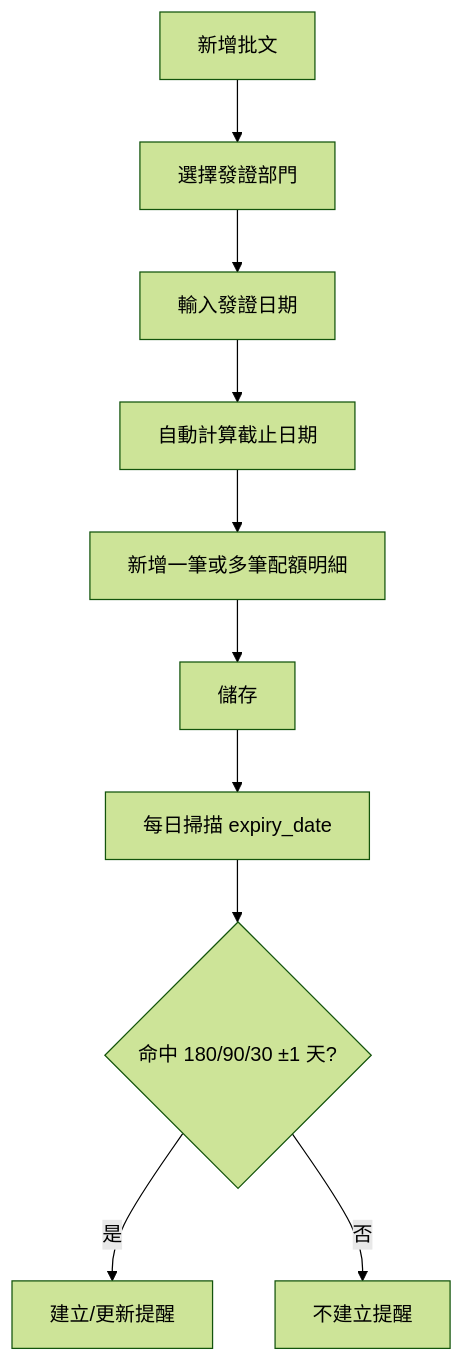
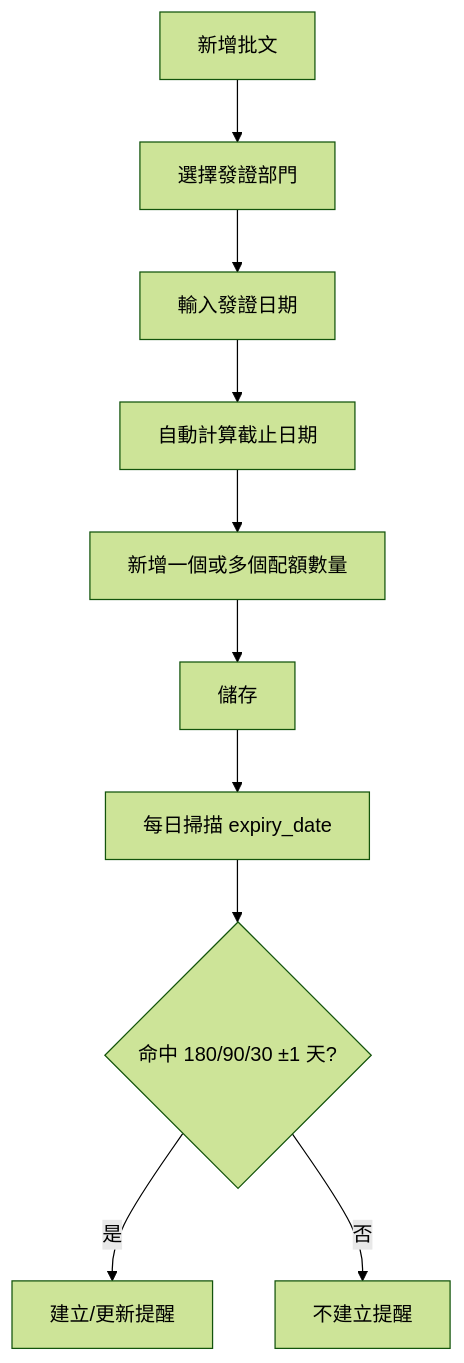
Before and after one commit to jasonlam1987/work4hk: the diagram in docs/approvals-operations-manual.md, drawn with Mermaid (forest theme). The commit also changed other lines of this file and 48 other files, not shown here.

Commit message:
feat: secure deletion flow and migrate storage root to iCloudDrive

````diff
--- a/docs/approvals-operations-manual.md
+++ b/docs/approvals-operations-manual.md
@@ -23,12 +23,12 @@
 ```mermaid
 flowchart TD
   A[新增批文] --> B[選擇發證部門]
   B --> C[輸入發證日期]
   C --> D[自動計算截止日期]
-  D --> E[新增一筆或多筆配額明細]
+  D --> E[新增一個或多個配額數量]
   E --> F[儲存]
   F --> G[每日掃描 expiry_date]
   G --> H{命中 180/90/30 ±1 天?}
   H -- 是 --> I[建立/更新提醒]
   H -- 否 --> J[不建立提醒]
 ```
````
